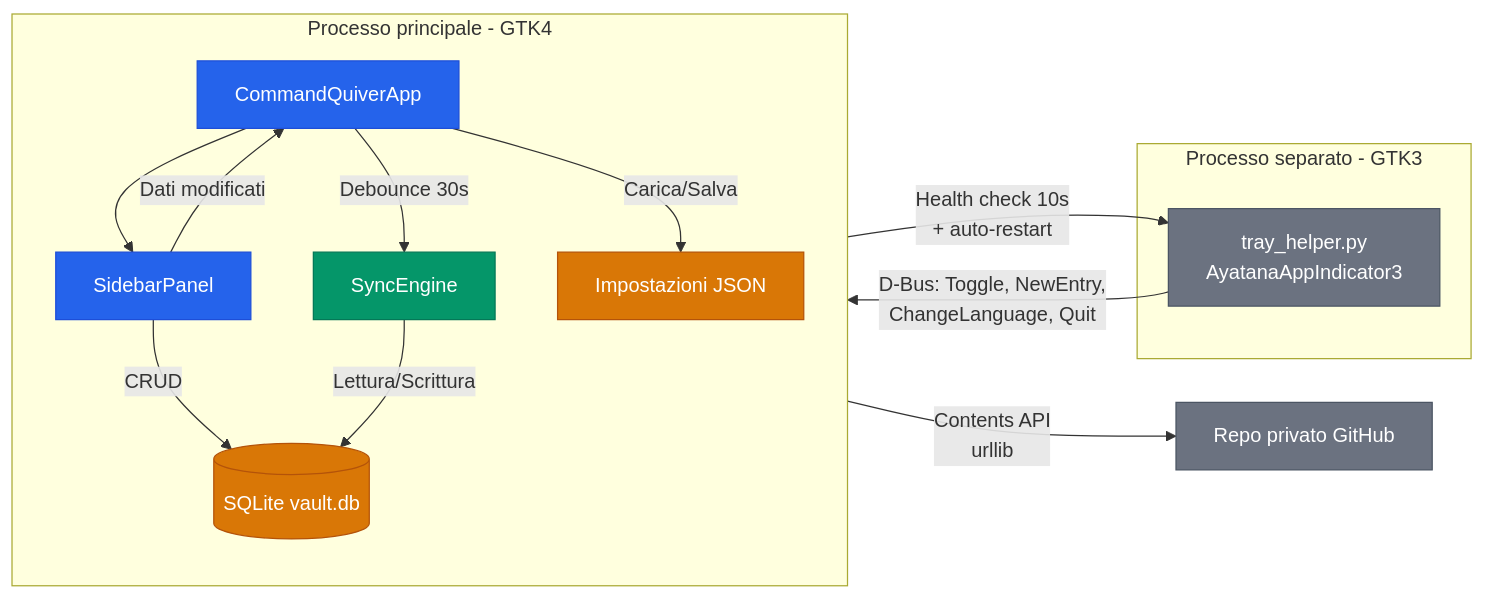
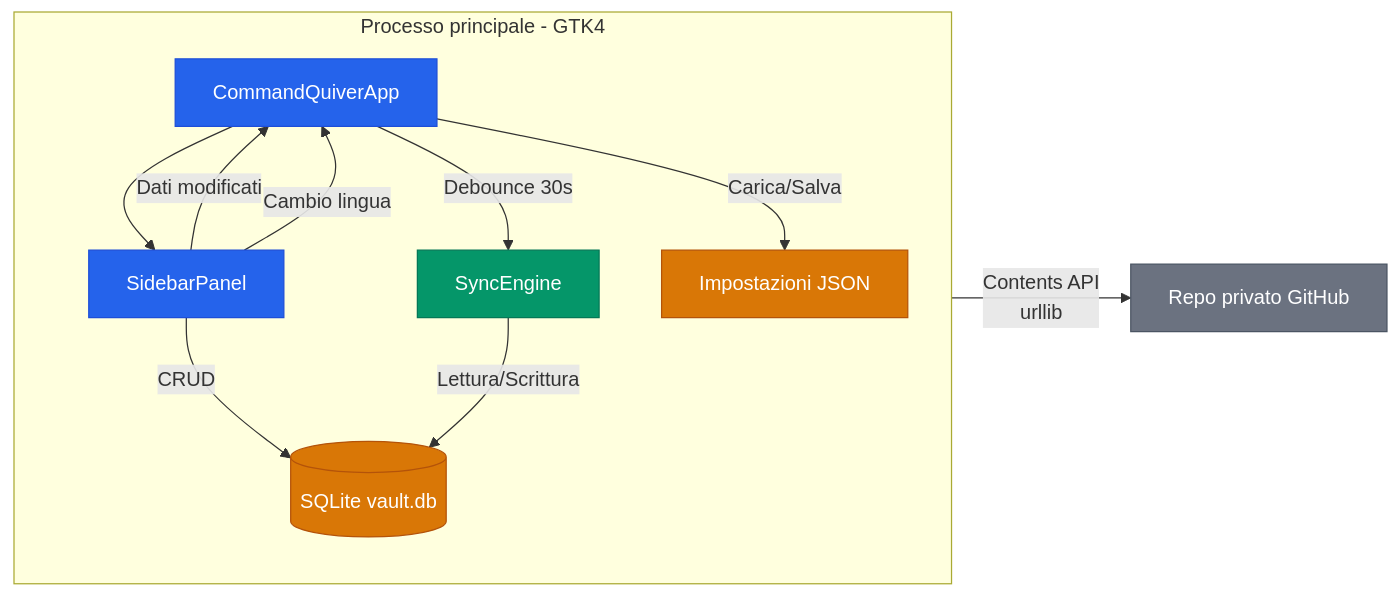
Before and after one commit to AndreaBonn/command-quiver: the first of 2 diagrams in README.it.md, drawn with Mermaid. The commit also changed other lines of this file and 14 other files, not shown here.

First line of the commit message:
feat!: remove system tray, switch language from the sidebar

````diff
--- a/README.it.md
+++ b/README.it.md
@@ -24,38 +24,33 @@
 ```mermaid
 %%{init: {'theme': 'default'}}%%
 graph LR
   subgraph main_proc["Processo principale - GTK4"]
     direction TB
     app["CommandQuiverApp"]
     sidebar["SidebarPanel"]
     sync_eng["SyncEngine"]
     db[("SQLite vault.db")]
     settings["Impostazioni JSON"]
   end
 
-  subgraph tray_proc["Processo separato - GTK3"]
-    tray["tray_helper.py<br/>AyatanaAppIndicator3"]
-  end
-
   github["Repo privato GitHub"]
 
-  tray -->|"D-Bus: Toggle, NewEntry,<br/>ChangeLanguage, Quit"| app
-  app -->|"Health check 10s<br/>+ auto-restart"| tray
   app --> sidebar
   sidebar -->|"CRUD"| db
   sidebar -->|"Dati modificati"| app
+  sidebar -->|"Cambio lingua"| app
   app -->|"Debounce 30s"| sync_eng
   sync_eng -->|"Lettura/Scrittura"| db
   sync_eng -->|"Contents API<br/>urllib"| github
   app -->|"Carica/Salva"| settings
 
   classDef core fill:#2563eb,stroke:#1d4ed8,color:#fff
   classDef data fill:#d97706,stroke:#b45309,color:#fff
   classDef ext fill:#6b7280,stroke:#4b5563,color:#fff
   classDef engine fill:#059669,stroke:#047857,color:#fff
 
   class app,sidebar core
   class db,settings data
-  class github,tray ext
+  class github ext
   class sync_eng engine
 ```
````
